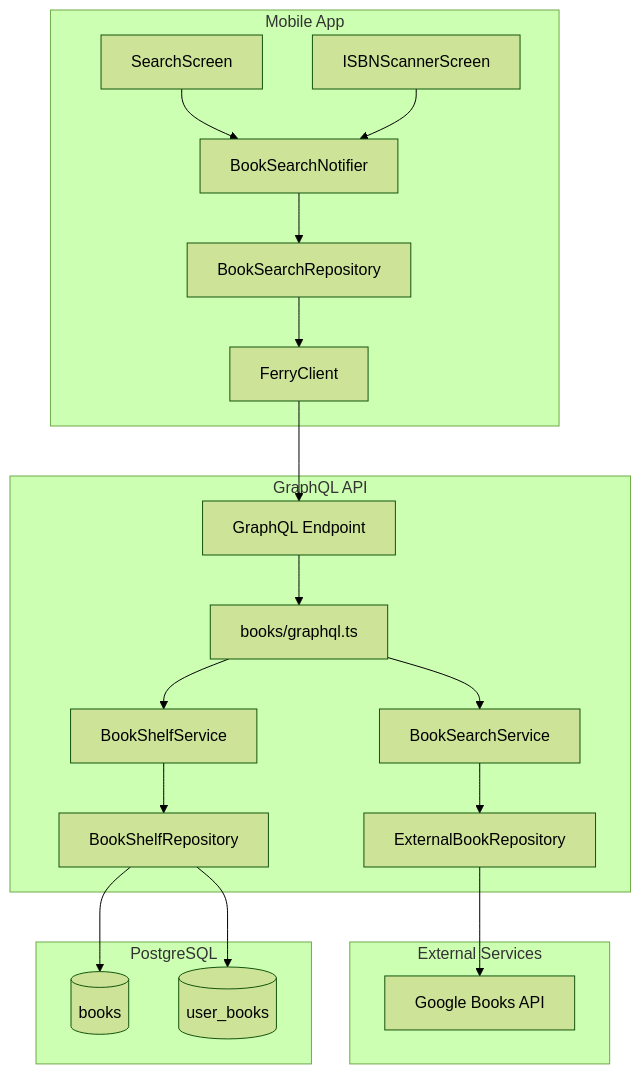
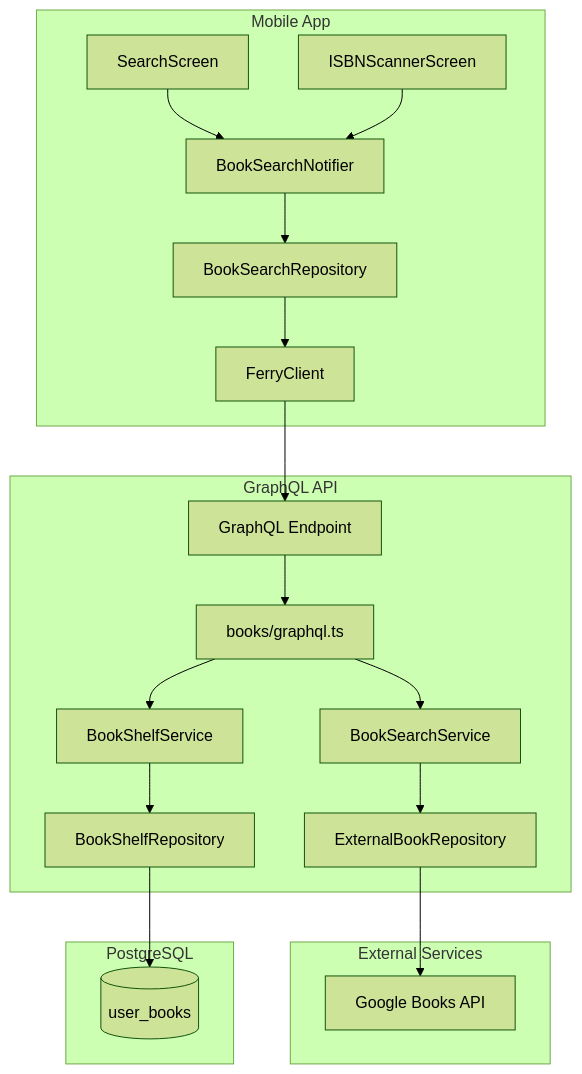
One commit to sora-ichigo/shelfie changed the first of 4 diagrams in .kiro/specs/book-search/design.md. Above: the diagram before and after it, drawn with Mermaid (forest theme). The commit also changed other lines of this file and 11 other files, not shown here.

````diff
--- a/.kiro/specs/book-search/design.md
+++ b/.kiro/specs/book-search/design.md
@@ -36,42 +36,40 @@
 ```mermaid
 graph TB
     subgraph Mobile[Mobile App]
         SearchScreen[SearchScreen]
         ISBNScanner[ISBNScannerScreen]
         BookSearchNotifier[BookSearchNotifier]
         BookSearchRepository[BookSearchRepository]
         FerryClient[FerryClient]
     end
 
     subgraph API[GraphQL API]
         GraphQLEndpoint[GraphQL Endpoint]
         BooksGraphQL[books/graphql.ts]
         BookSearchService[BookSearchService]
         BookShelfService[BookShelfService]
         ExternalBookRepository[ExternalBookRepository]
         BookShelfRepository[BookShelfRepository]
     end
 
     subgraph External[External Services]
         GoogleBooksAPI[Google Books API]
     end
 
     subgraph Database[PostgreSQL]
-        BooksTable[(books)]
         UserBooksTable[(user_books)]
     end
 
     SearchScreen --> BookSearchNotifier
     ISBNScanner --> BookSearchNotifier
     BookSearchNotifier --> BookSearchRepository
     BookSearchRepository --> FerryClient
     FerryClient --> GraphQLEndpoint
     GraphQLEndpoint --> BooksGraphQL
     BooksGraphQL --> BookSearchService
     BooksGraphQL --> BookShelfService
     BookSearchService --> ExternalBookRepository
     BookShelfService --> BookShelfRepository
     ExternalBookRepository --> GoogleBooksAPI
-    BookShelfRepository --> BooksTable
     BookShelfRepository --> UserBooksTable
 ```
````
